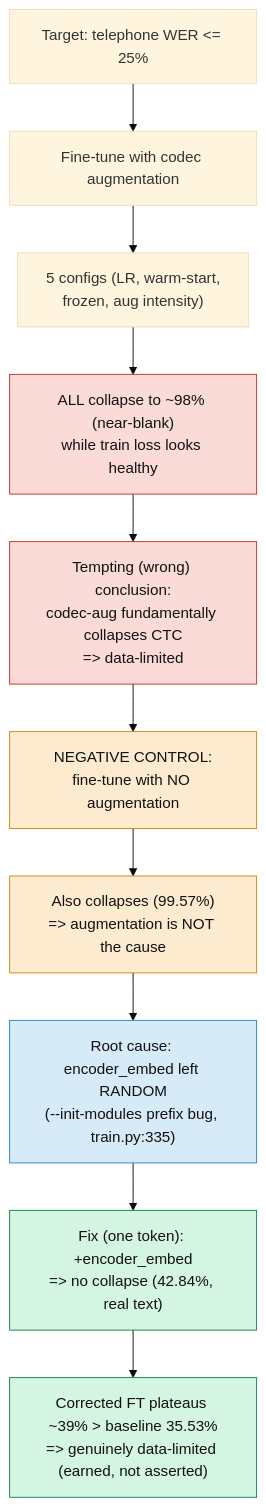
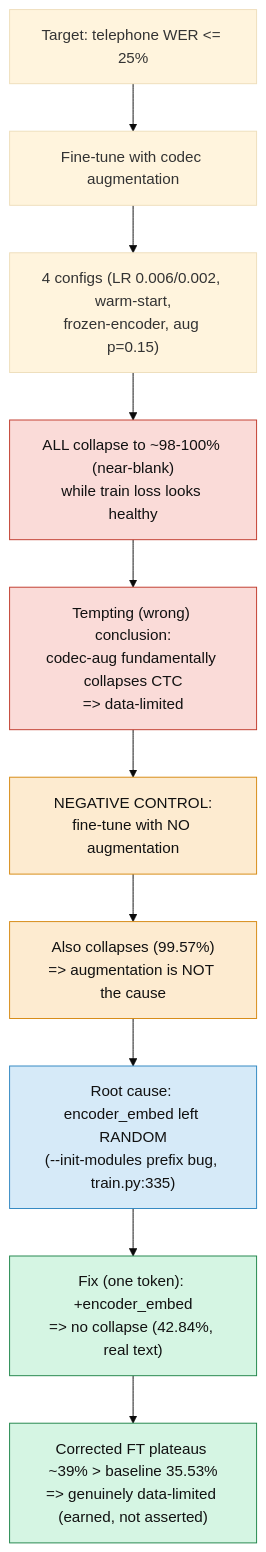
Before and after one commit to paulohenriquevn/jvscribe: the third of 7 diagrams in docs/paper/macaw-voice-cpu-asr.md, drawn with Mermaid (base theme). The commit also changed other lines of this file and 2 other files, not shown here.

````diff
--- a/docs/paper/macaw-voice-cpu-asr.md
+++ b/docs/paper/macaw-voice-cpu-asr.md
@@ -352,16 +352,16 @@
 ```mermaid
 flowchart TD
   P["Target: telephone WER <= 25%"] --> FT["Fine-tune with codec augmentation"]
-  FT --> C1["5 configs (LR, warm-start,<br/>frozen, aug intensity)"]
-  C1 --> COL["ALL collapse to ~98% (near-blank)<br/>while train loss looks healthy"]:::bad
+  FT --> C1["4 configs (LR 0.006/0.002, warm-start,<br/>frozen-encoder, aug p=0.15)"]
+  C1 --> COL["ALL collapse to ~98-100% (near-blank)<br/>while train loss looks healthy"]:::bad
   COL --> HYP["Tempting (wrong) conclusion:<br/>codec-aug fundamentally collapses CTC<br/>=> data-limited"]:::bad
   HYP --> CTRL["NEGATIVE CONTROL:<br/>fine-tune with NO augmentation"]:::key
   CTRL --> C2["Also collapses (99.57%)<br/>=> augmentation is NOT the cause"]:::key
   C2 --> ROOT["Root cause: encoder_embed left RANDOM<br/>(--init-modules prefix bug, train.py:335)"]:::fix
   ROOT --> FIX["Fix (one token): +encoder_embed<br/>=> no collapse (42.84%, real text)"]:::good
   FIX --> PLAT["Corrected FT plateaus ~39% > baseline 35.53%<br/>=> genuinely data-limited (earned, not asserted)"]:::good
   classDef bad  fill:#fadbd8,stroke:#c0392b,color:#111;
   classDef key  fill:#fdebd0,stroke:#d68910,color:#111;
   classDef fix  fill:#d6eaf8,stroke:#2e86c1,color:#111;
   classDef good fill:#d5f5e3,stroke:#1e8449,color:#111;
 ```
````
